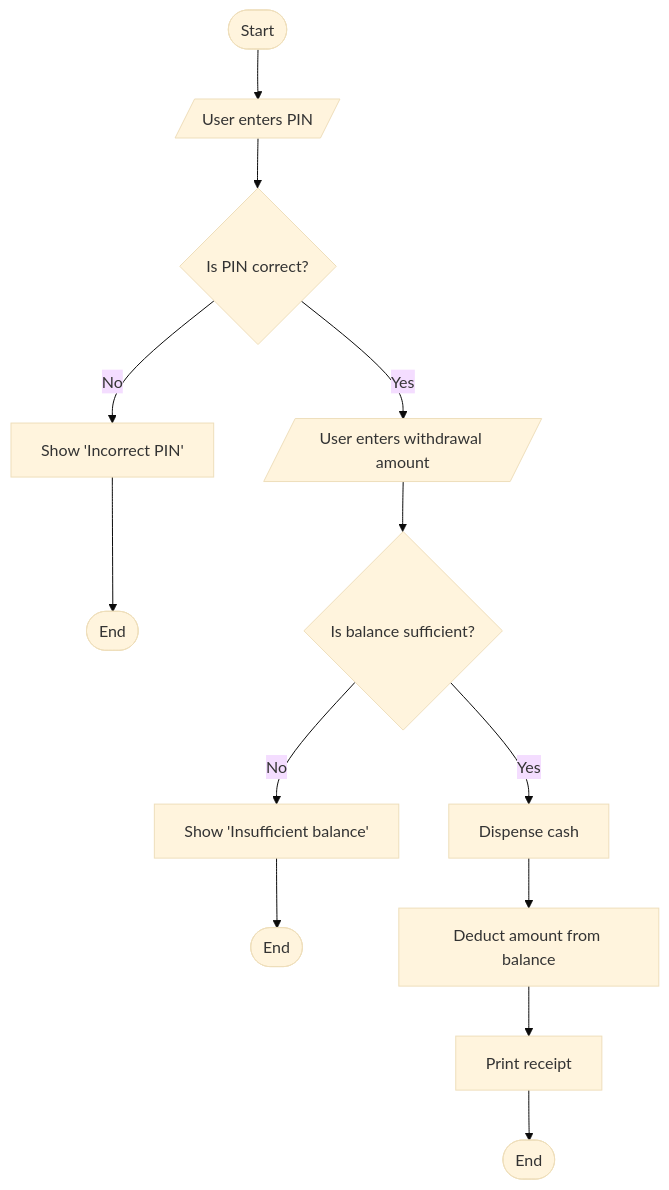
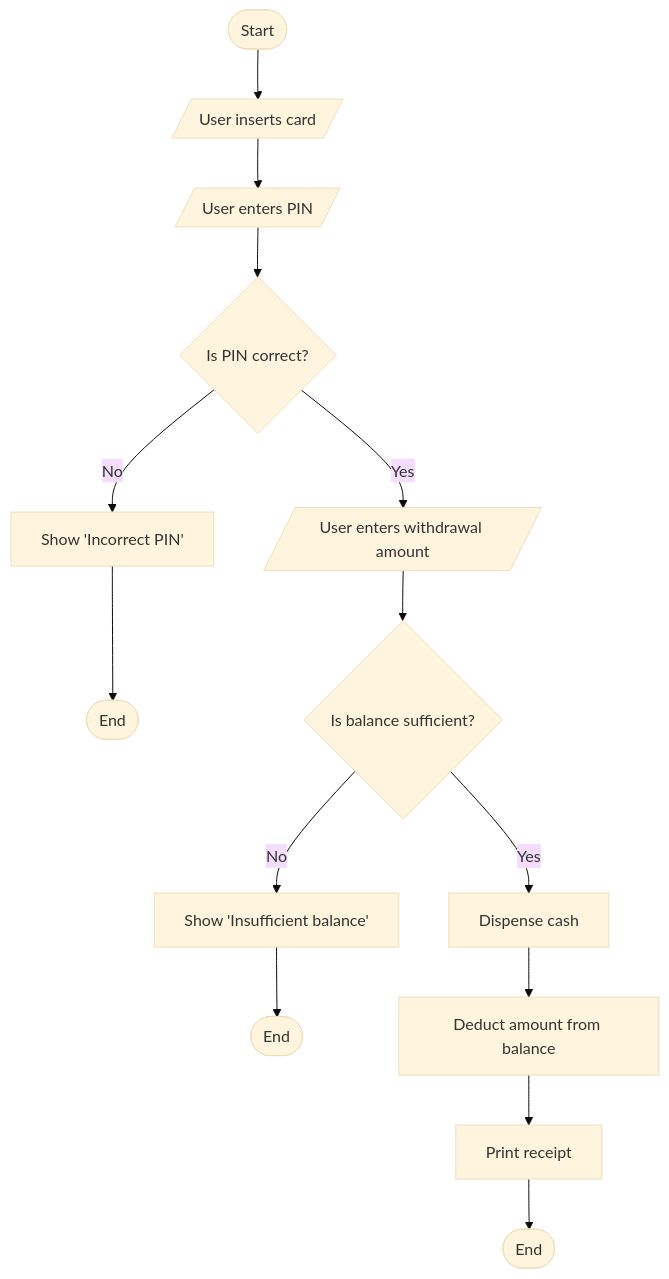
The diagram in Week1/3. Expressing_Logic.md (NamrataRev/AI_academy), drawn with Mermaid (base theme) before and after one commit. The commit also changed other lines of this file, not shown here.

````diff
--- a/Week1/3. Expressing_Logic.md
+++ b/Week1/3. Expressing_Logic.md
@@ -90,15 +94,16 @@
 ```mermaid
 flowchart TD
-    Start([Start]) --> Input1[/User enters PIN/]
+    Start([Start]) --> Input0[/User inserts card/]
+    Input0 --> Input1[/User enters PIN/]
     Input1 --> D1{Is PIN correct?}
-    D1 -- No --> M1[Show 'Incorrect PIN']
+    D1 -- "No" --> M1[Show 'Incorrect PIN']
     M1 --> End1([End])
     D1 -- Yes --> Input2[/User enters withdrawal amount/]
     Input2 --> D2{Is balance sufficient?}
     D2 -- No --> M2[Show 'Insufficient balance']
     M2 --> End2([End])
     D2 -- Yes --> P1[Dispense cash]
     P1 --> P2[Deduct amount from balance]
     P2 --> P3[Print receipt]
     P3 --> End3([End])
 ```
````
